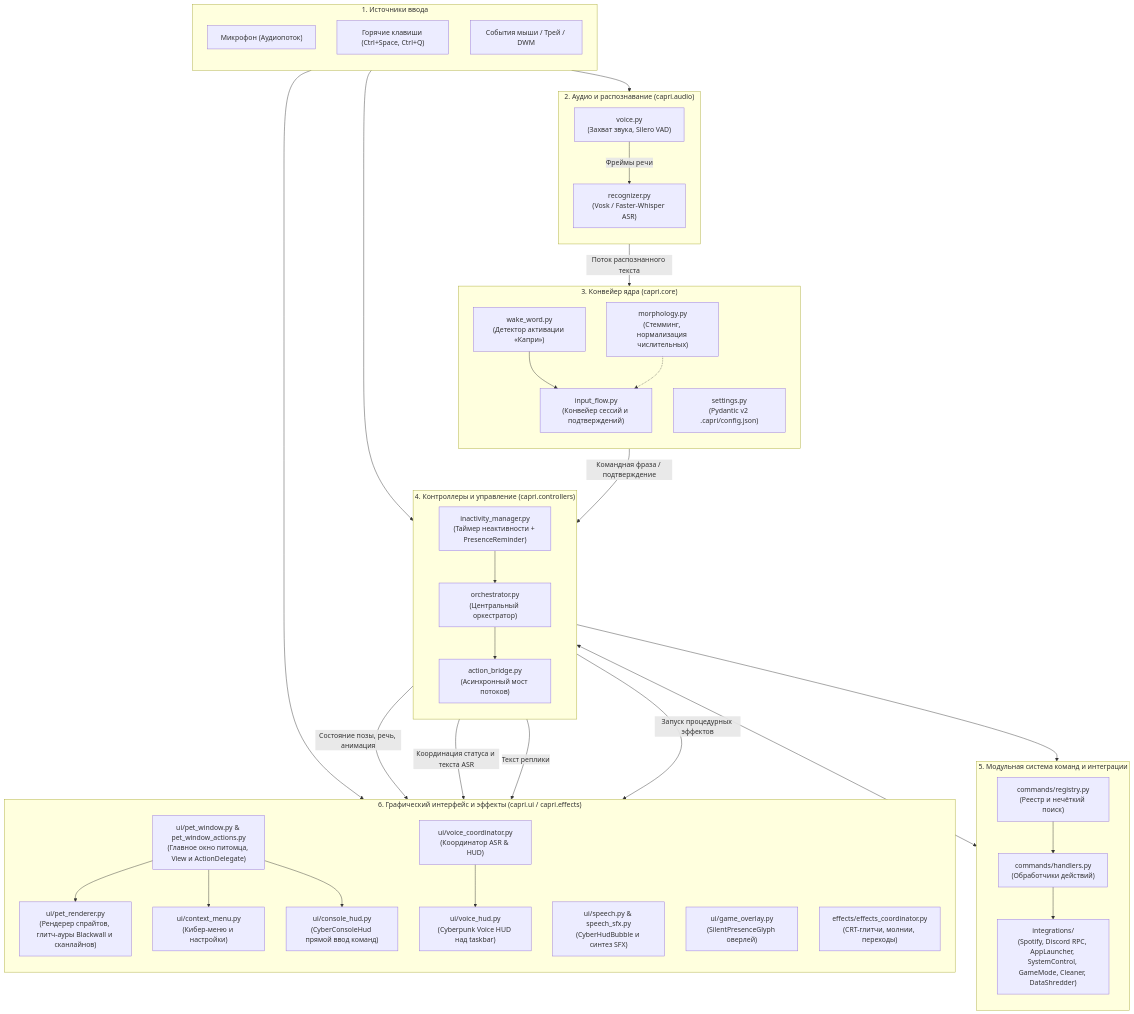
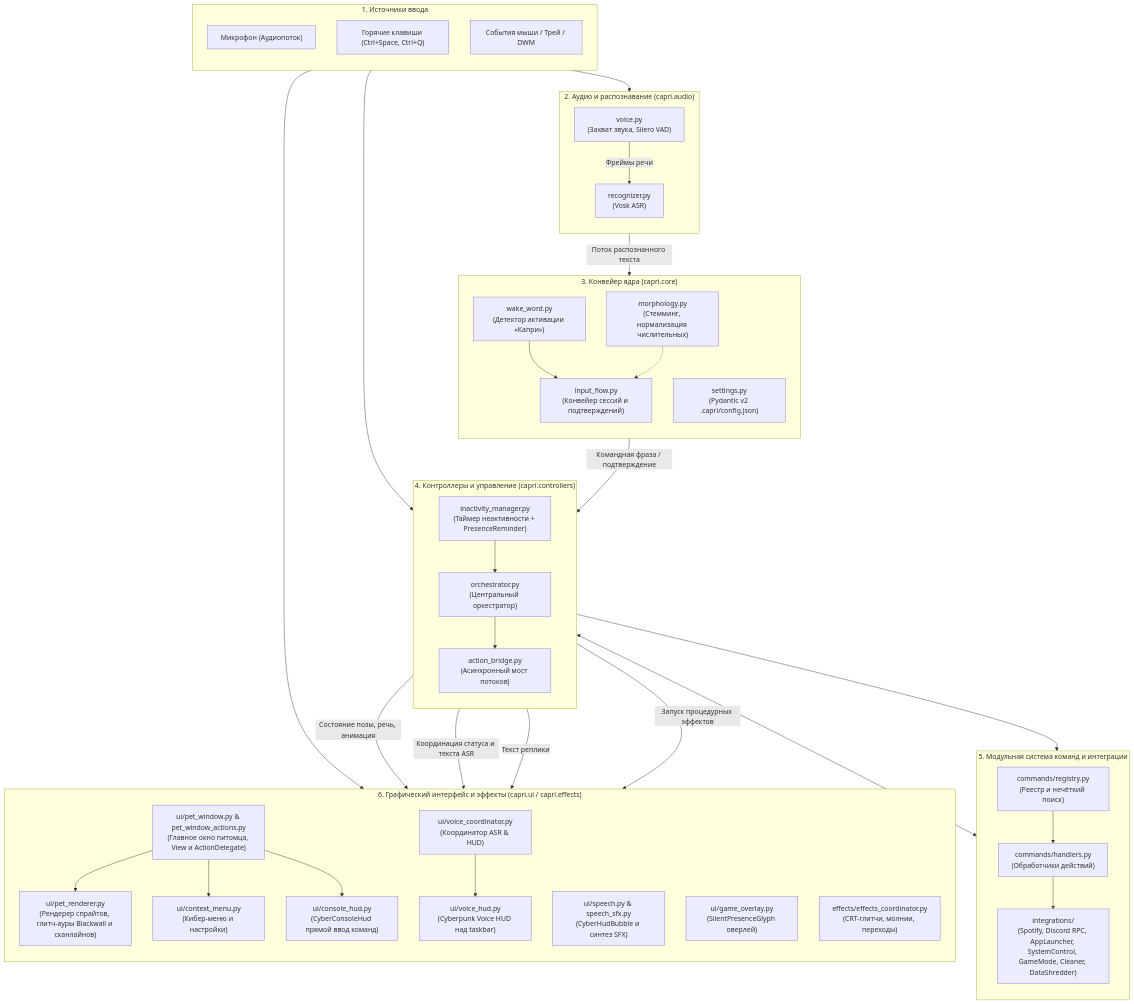
Before and after one commit to xTerionsilker/CapriPet-Python: the first of 3 diagrams in docs/architecture.md, drawn with Mermaid. The commit also changed 4 other files, not shown here.

Commit message:
docs(asr): synchronize architecture, configs and bootstrap script with vosk backend

```diff
--- a/docs/architecture.md
+++ b/docs/architecture.md
@@ -20,7 +20,7 @@
     subgraph AudioSubsystem["2. Аудио и распознавание (capri.audio)"]
         direction TB
         Voice["voice.py<br/>(Захват звука, Silero VAD)"]
-        ASR["recognizer.py<br/>(Vosk / Faster-Whisper ASR)"]
+        ASR["recognizer.py<br/>(Vosk ASR)"]
         Voice -->|Фреймы речи| ASR
     end
 
```
